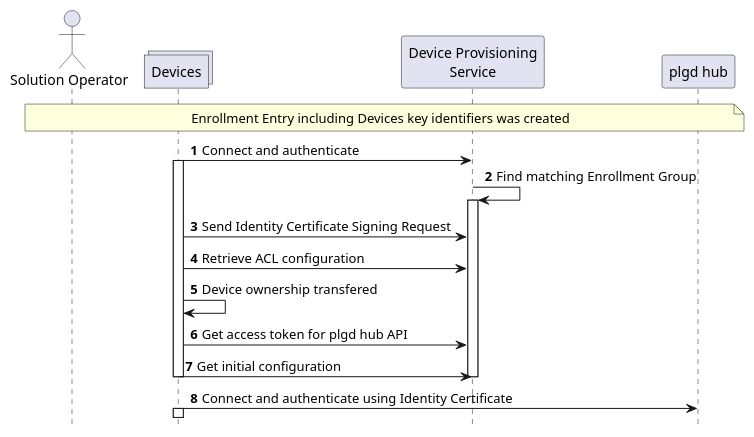
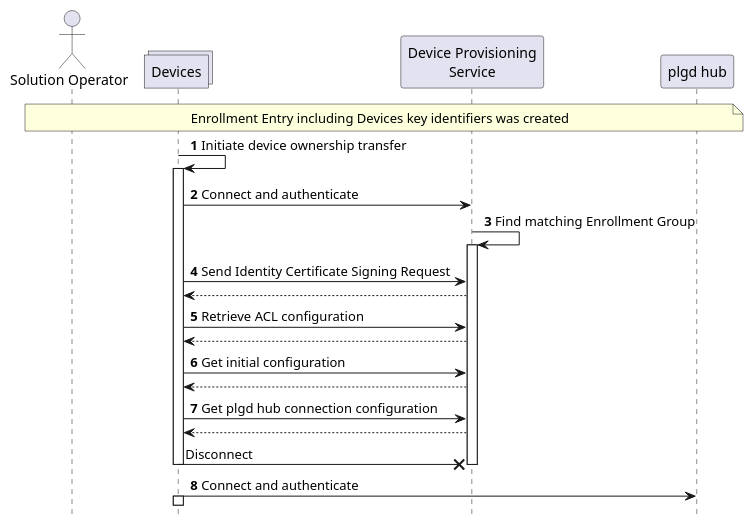
One commit to plgd-dev/doc changed the diagram in content/en/device-provisioning-service/overview.md. Above: the diagram before and after it, drawn with PlantUML. The commit also changed other lines of this file, not shown here.

```diff
--- a/content/en/device-provisioning-service/overview.md
+++ b/content/en/device-provisioning-service/overview.md
@@ -46,30 +54,35 @@
-{{< plantuml id="resource-publish" >}}
+{{< plantuml id="dps-overview" >}}
 @startuml
-autonumber
 skinparam backgroundColor transparent
 hide footbox
 
 actor "Solution Operator" as op
 collections "Devices" as d
 participant "Device Provisioning\nService" as dps
 participant "plgd hub" as hub
 
 note over op, hub
 Enrollment Entry including Devices key identifiers was created
 end note
-d -> dps: Connect and authenticate
+d -> d: **1** Initiate device ownership transfer
 activate d
-dps -> dps: Find matching Enrollment Group
+d -> dps: **2** Connect and authenticate
+dps -> dps: **3** Find matching Enrollment Group
 activate dps
-d -> dps: Send Identity Certificate Signing Request
-d -> dps: Retrieve ACL configuration
-d -> d: Device ownership transfered
-d -> dps: Get access token for plgd hub API
-d -> dps: Get initial configuration
+d -> dps: **4** Send Identity Certificate Signing Request
+dps --> d
+d -> dps: **5** Retrieve ACL configuration
+dps --> d
+d -> dps: **6** Get initial configuration
+dps --> d
+d -> dps: **7** Get plgd hub connection configuration
+dps --> d
+d ->x dps: Disconnect
 deactivate dps
 deactivate d
-d -> hub: Connect and authenticate using Identity Certificate
+d -> hub: **8** Connect and authenticate
 activate d
 
 @enduml
+
 {{< /plantuml >}}
```
